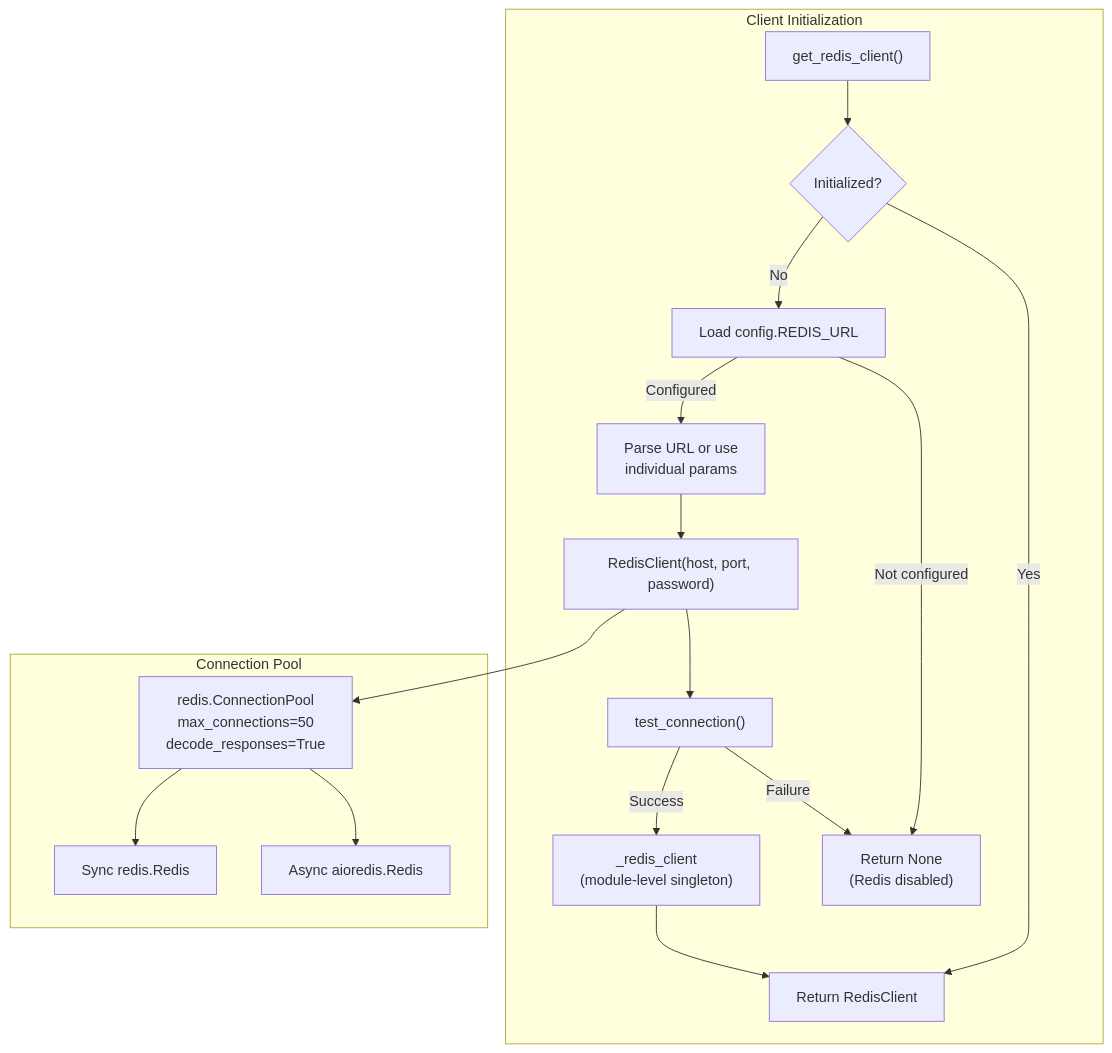
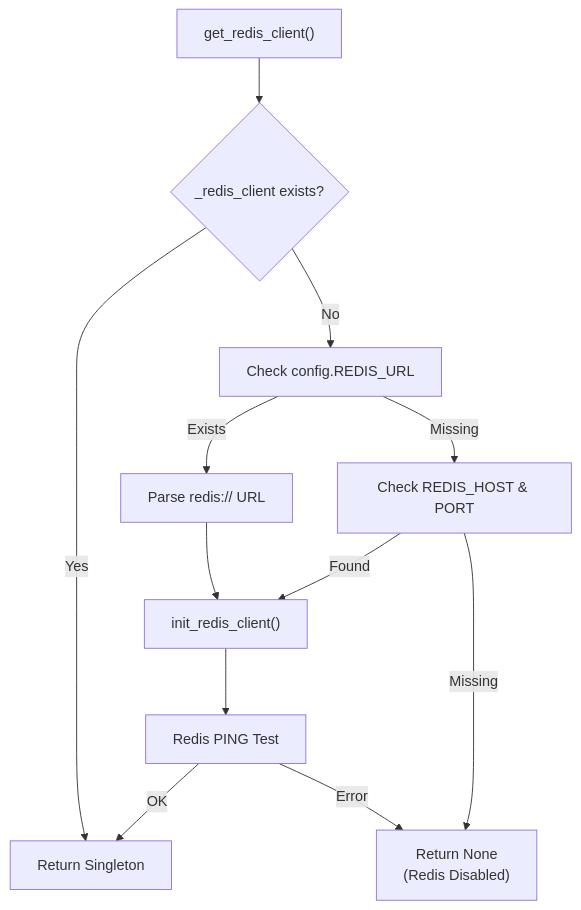
One commit to AutomatosAI/automatos-ai changed the first of 2 diagrams in docs/deployment-infrastructure/redis-configuration.md. Above: the diagram before and after it, drawn with Mermaid. The commit also changed other lines of this file and 149 other files, not shown here.

Commit message:
docs: refresh documentation with graphify semantic scan

````diff
--- a/docs/deployment-infrastructure/redis-configuration.md
+++ b/docs/deployment-infrastructure/redis-configuration.md
@@ -134,35 +58,24 @@
 ```mermaid
-graph TB
-    subgraph "Client Initialization"
-        GetClient["get_redis_client()"]
-        GlobalVar["_redis_client<br/>(module-level singleton)"]
-        CheckInit{"Initialized?"}
-        LoadConfig["Load config.REDIS_URL"]
-        ParseURL["Parse URL or use<br/>individual params"]
-        CreateClient["RedisClient(host, port, password)"]
-        TestConn["test_connection()"]
-        ReturnClient["Return RedisClient"]
-        ReturnNone["Return None<br/>(Redis disabled)"]
-    end
-    
-    subgraph "Connection Pool"
-        Pool["redis.ConnectionPool<br/>max_connections=50<br/>decode_responses=True"]
-        SyncConn["Sync redis.Redis"]
-        AsyncConn["Async aioredis.Redis"]
-    end
-    
-    GetClient --> CheckInit
-    CheckInit -->|"Yes"| ReturnClient
-    CheckInit -->|"No"| LoadConfig
-    LoadConfig -->|"Not configured"| ReturnNone
-    LoadConfig -->|"Configured"| ParseURL
-    ParseURL --> CreateClient
-    CreateClient --> TestConn
-    TestConn -->|"Success"| GlobalVar
-    TestConn -->|"Failure"| ReturnNone
-    GlobalVar --> ReturnClient
-    
-    CreateClient --> Pool
-    Pool --> SyncConn
-    Pool --> AsyncConn
+flowchart TD
+    Start["get_redis_client()"]
+    CheckInit{"_redis_client exists?"}
+    LoadURL["Check config.REDIS_URL"]
+    ParseURL["Parse redis:// URL"]
+    LoadParts["Check REDIS_HOST & PORT"]
+    InitClient["init_redis_client()"]
+    TestConn["Redis PING Test"]
+    Success["Return Singleton"]
+    Fail["Return None<br/>(Redis Disabled)"]
+
+    Start --> CheckInit
+    CheckInit -->|"Yes"| Success
+    CheckInit -->|"No"| LoadURL
+    LoadURL -->|"Exists"| ParseURL
+    LoadURL -->|"Missing"| LoadParts
+    ParseURL --> InitClient
+    LoadParts -->|"Found"| InitClient
+    LoadParts -->|"Missing"| Fail
+    InitClient --> TestConn
+    TestConn -->|"OK"| Success
+    TestConn -->|"Error"| Fail
 ```
````
